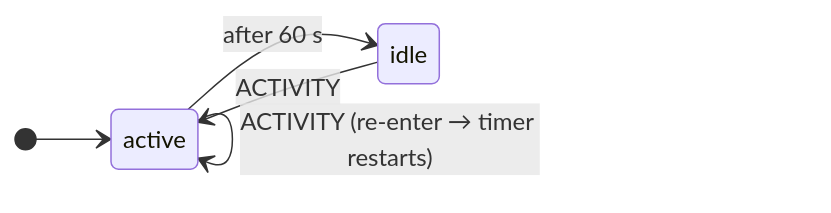
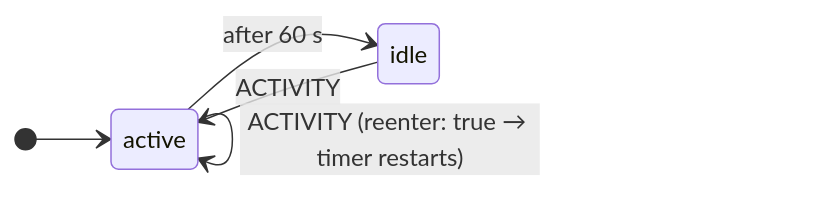
The second of 2 diagrams in docs/_guide/delayed-transitions.md (basiltt/xstate-statemachine), drawn with Mermaid before and after one commit. The commit also changed other lines of this file and 49 other files, not shown here.

````diff
--- a/docs/_guide/delayed-transitions.md
+++ b/docs/_guide/delayed-transitions.md
@@ -288,8 +295,8 @@
 ```mermaid
 stateDiagram-v2
     direction LR
     [*] --> active
-    active --> active : ACTIVITY (re-enter → timer restarts)
+    active --> active : ACTIVITY (reenter: true → timer restarts)
     active --> idle : after 60 s
     idle --> active : ACTIVITY
 ```
````
